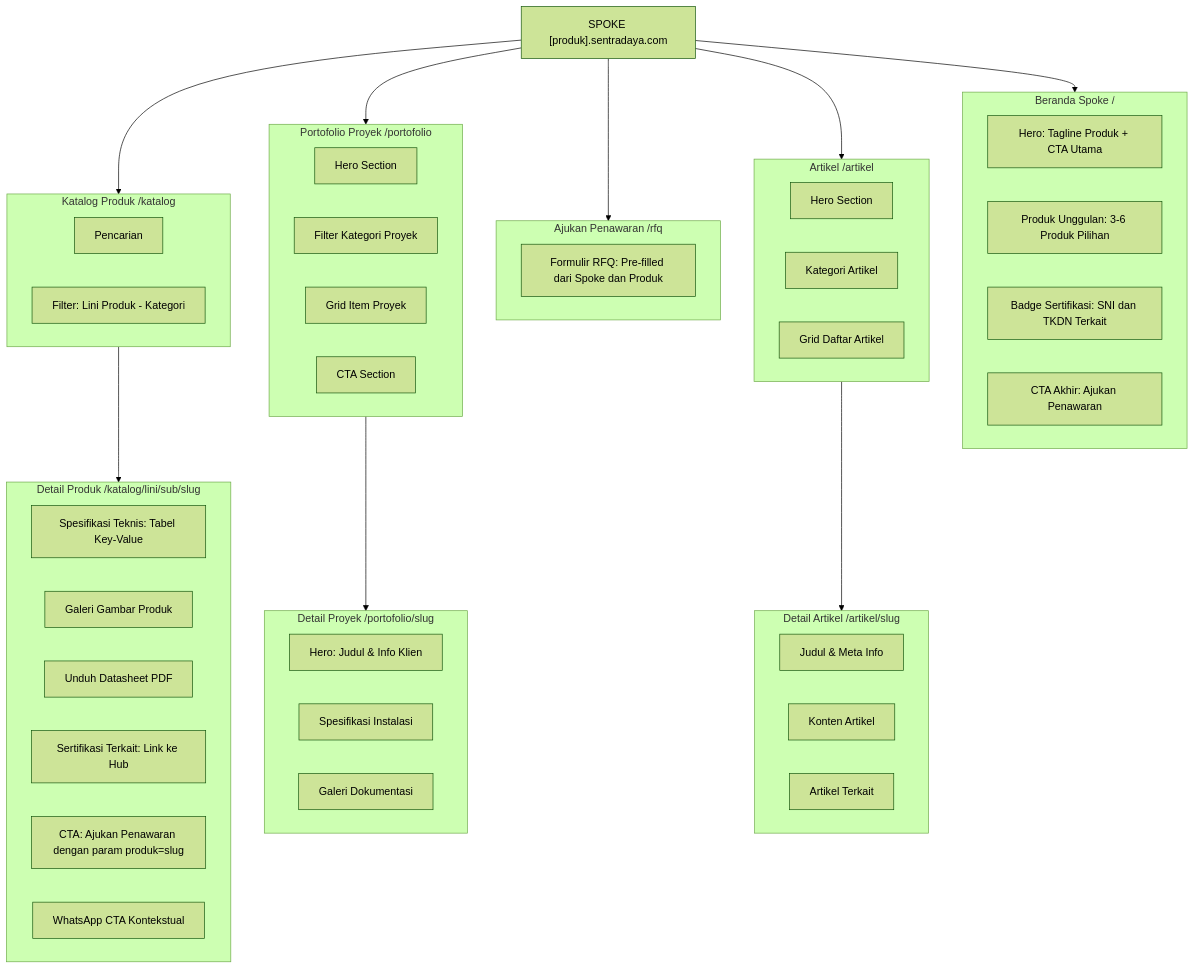
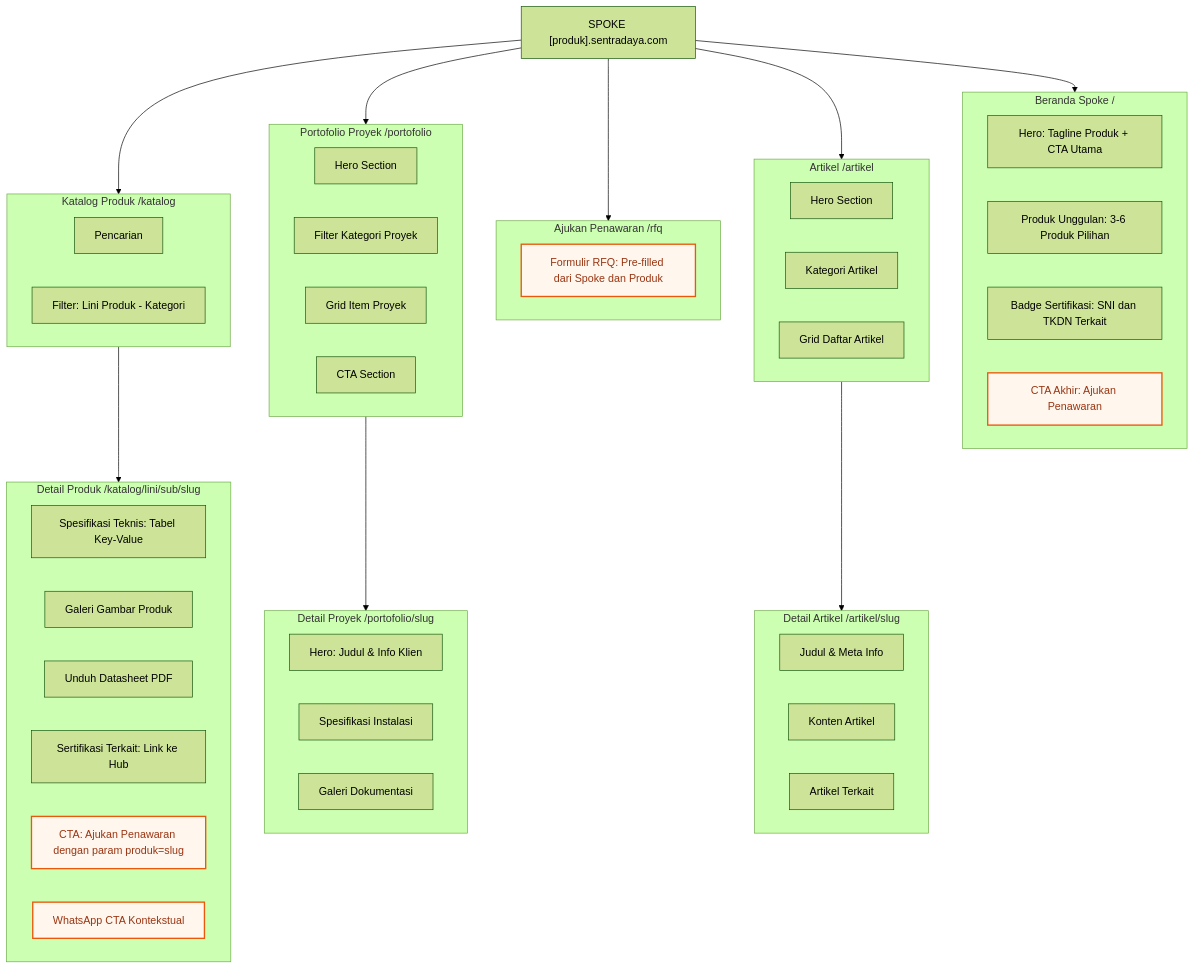
Before and after one commit to pampam666/awesome-website-test: the second of 3 diagrams in .taskmaster/docs/information-architecture/ia-sitemaps.md, drawn with Mermaid (forest theme). The commit also changed other lines of this file and 7 other files, not shown here.

Commit message:
docs: initialize information architecture and project requirement documentation for digital ecosystem platform

````diff
--- a/.taskmaster/docs/information-architecture/ia-sitemaps.md
+++ b/.taskmaster/docs/information-architecture/ia-sitemaps.md
@@ -102,61 +109,68 @@
 ```mermaid
 ---
 config:
   layout: dagre
 ---
 flowchart TB
+    classDef entry fill:#fef3c7,stroke:#d97706,stroke-width:2px,color:#92400e
+    classDef conversion fill:#fff7ed,stroke:#ea580c,stroke-width:2px,color:#9a3412
+
  subgraph SH["Beranda Spoke /"]
     direction LR
         SH1["Hero: Tagline Produk + CTA Utama"]
         SH2["Produk Unggulan: 3-6 Produk Pilihan"]
         SH3["Badge Sertifikasi: SNI dan TKDN Terkait"]
         SH4["CTA Akhir: Ajukan Penawaran"]
   end
  subgraph SC["Katalog Produk /katalog"]
     direction LR
         S1["Pencarian"]
         S2["Filter: Lini Produk - Kategori"]
   end
  subgraph PDP["Detail Produk /katalog/lini/sub/slug"]
     direction LR
         PDP1["Spesifikasi Teknis: Tabel Key-Value"]
         PDP2["Galeri Gambar Produk"]
         PDP3["Unduh Datasheet PDF"]
         PDP4["Sertifikasi Terkait: Link ke Hub"]
         PDP5["CTA: Ajukan Penawaran dengan param produk=slug"]
         PDP6["WhatsApp CTA Kontekstual"]
   end
  subgraph SR["Ajukan Penawaran /rfq"]
     direction LR
         SRF["Formulir RFQ: Pre-filled dari Spoke dan Produk"]
   end
  subgraph SPORT["Portofolio Proyek /portofolio"]
     direction LR
         SPORT1["Hero Section"]
         SPORT2["Filter Kategori Proyek"]
         SPORT3["Grid Item Proyek"]
         SPORT4["CTA Section"]
   end
  subgraph SPORT_DETAIL["Detail Proyek /portofolio/slug"]
     direction LR
         SPD1["Hero: Judul & Info Klien"]
         SPD2["Spesifikasi Instalasi"]
         SPD3["Galeri Dokumentasi"]
   end
  subgraph ART["Artikel /artikel"]
     direction LR
         ART1["Hero Section"]
         ART2["Kategori Artikel"]
         ART3["Grid Daftar Artikel"]
   end
  subgraph ART_DETAIL["Detail Artikel /artikel/slug"]
     direction LR
         AD1["Judul & Meta Info"]
         AD2["Konten Artikel"]
         AD3["Artikel Terkait"]
   end
     SPOKE["SPOKE [produk].sentradaya.com"] --> SH & SC & SPORT & ART & SR
     SC --> PDP
     SPORT --> SPORT_DETAIL
     ART --> ART_DETAIL
+    class SH4 conversion
+    class PDP5 conversion
+    class PDP6 conversion
+    class SRF conversion
 ```
````
